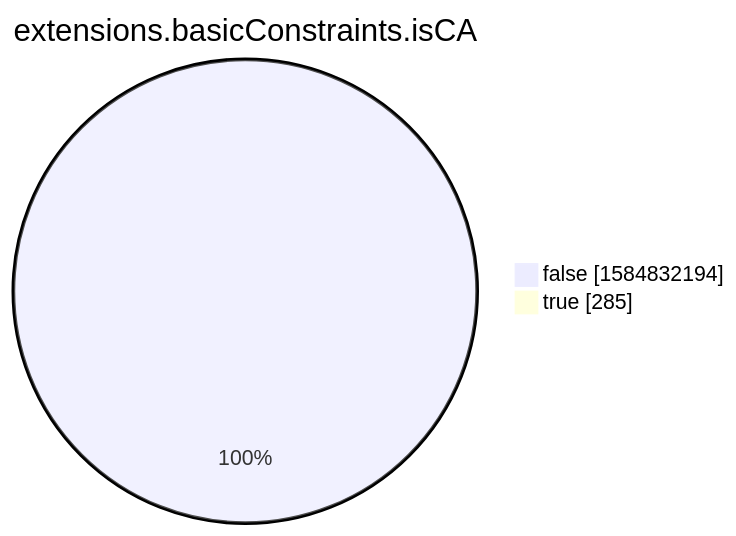
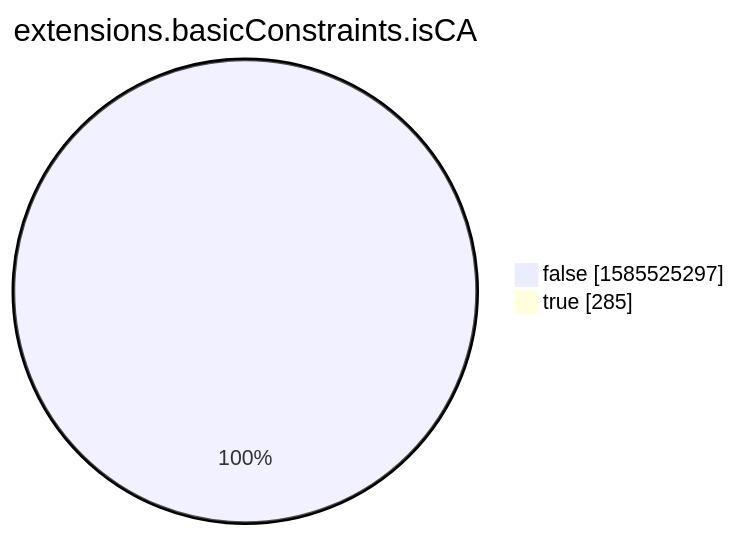
Before and after one commit to christiankrug/ctmonitor_visualization: the eighth of 15 diagrams in xenon2022/README.md, drawn with Mermaid. The commit also changed other lines of this file, not shown here.

````diff
--- a/xenon2022/README.md
+++ b/xenon2022/README.md
@@ -2862,6 +2862,6 @@
 ```mermaid
 pie showData
 title extensions.basicConstraints.isCA
-"false" :1584832194
+"false" :1585525297
 "true" :285
 ```
````
